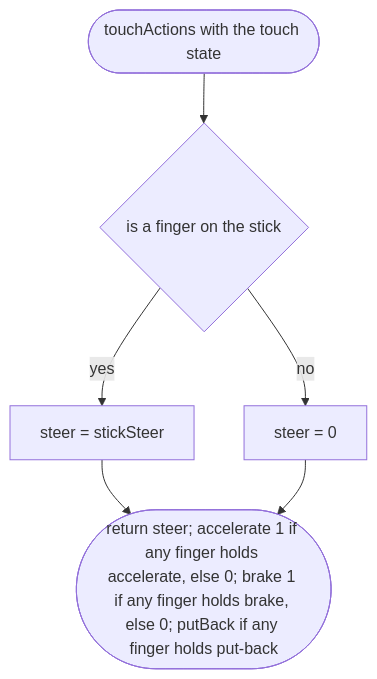
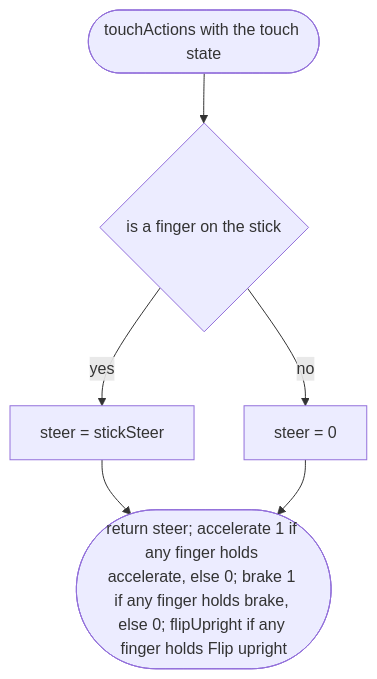
One commit to NewDara-Star/world-engine changed the sixth of 10 diagrams in docs/designs/src/controls/touch.md. Above: the diagram before and after it, drawn with Mermaid. The commit also changed other lines of this file and 41 other files, not shown here.

````diff
--- a/docs/designs/src/controls/touch.md
+++ b/docs/designs/src/controls/touch.md
@@ -108,11 +123,11 @@
 ```mermaid
 flowchart TD
   s(["touchActions with the touch state"])
   a{"is a finger on the stick"}
   b["steer = stickSteer"]
   c["steer = 0"]
-  d(["return steer; accelerate 1 if any finger holds accelerate, else 0; brake 1 if any finger holds brake, else 0; putBack if any finger holds put-back"])
+  d(["return steer; accelerate 1 if any finger holds accelerate, else 0; brake 1 if any finger holds brake, else 0; flipUpright if any finger holds Flip upright"])
   s --> a
   a -->|"yes"| b --> d
   a -->|"no"| c --> d
 ```
````
